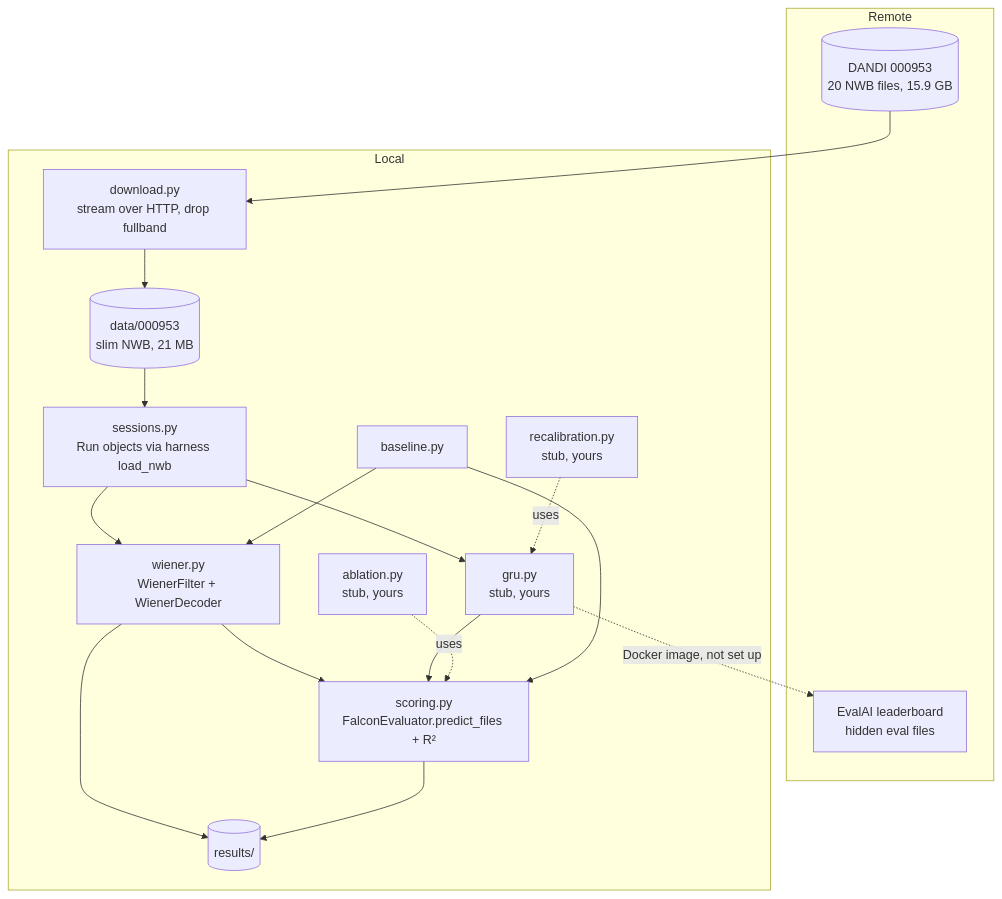
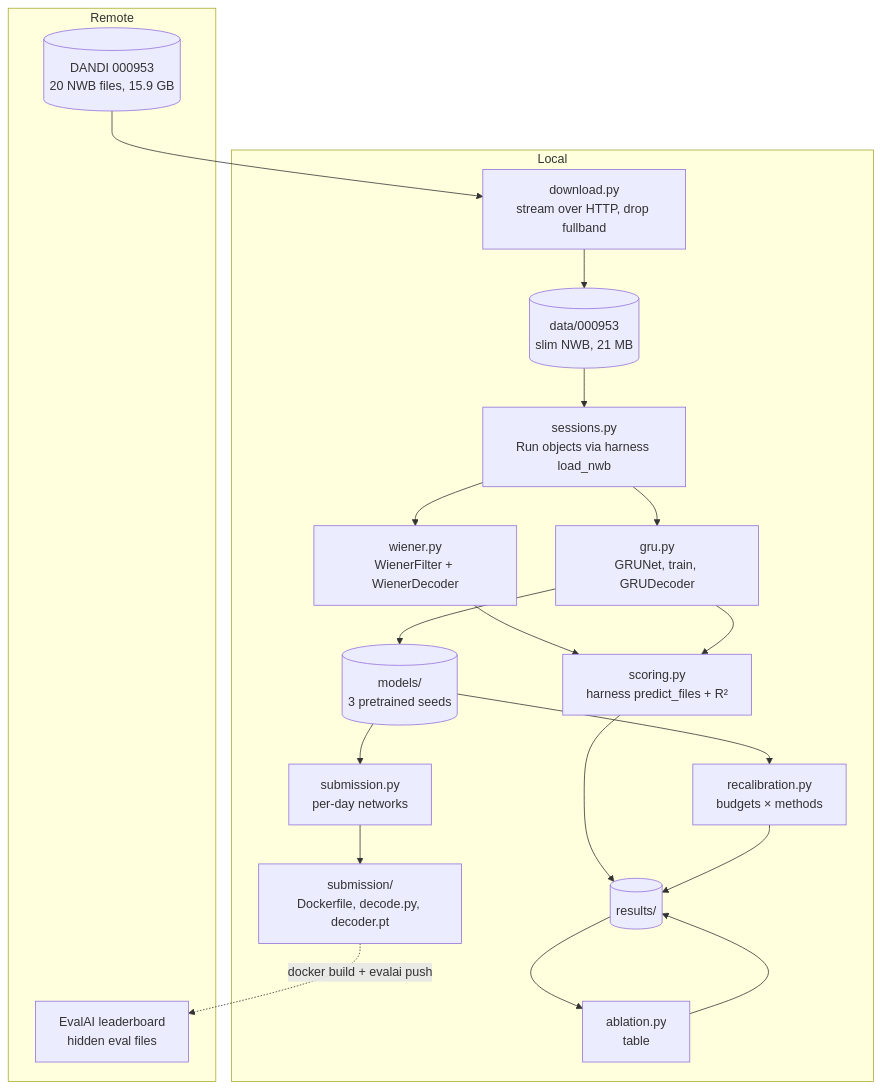
Before and after one commit to amalmehta/NeuroFalcon: the diagram in docs/SYSTEM-DESIGN.md, drawn with Mermaid. The commit also changed other lines of this file and 27 other files, not shown here.

First line of the commit message:
GRU decoder, recalibration curve, ablation and EvalAI packaging

````diff
--- a/docs/SYSTEM-DESIGN.md
+++ b/docs/SYSTEM-DESIGN.md
@@ -5,27 +5,28 @@
 ```mermaid
 flowchart TD
     subgraph Remote
         DANDI[(DANDI 000953<br/>20 NWB files, 15.9 GB)]
         EvalAI[EvalAI leaderboard<br/>hidden eval files]
     end
     subgraph Local
         DL[download.py<br/>stream over HTTP, drop fullband]
         DATA[(data/000953<br/>slim NWB, 21 MB)]
         SES[sessions.py<br/>Run objects via harness load_nwb]
         WF[wiener.py<br/>WienerFilter + WienerDecoder]
-        GRU[gru.py<br/>stub, yours]
-        REC[recalibration.py<br/>stub, yours]
-        ABL[ablation.py<br/>stub, yours]
-        SC[scoring.py<br/>FalconEvaluator.predict_files + R²]
-        BL[baseline.py]
+        GRU[gru.py<br/>GRUNet, train, GRUDecoder]
+        MOD[(models/<br/>3 pretrained seeds)]
+        REC[recalibration.py<br/>budgets × methods]
+        ABL[ablation.py<br/>table]
+        SC[scoring.py<br/>harness predict_files + R²]
+        SUB[submission.py<br/>per-day networks]
         RES[(results/)]
+        IMG[submission/<br/>Dockerfile, decode.py, decoder.pt]
     end
     DANDI --> DL --> DATA --> SES
     SES --> WF & GRU
-    WF --> SC
-    GRU --> SC
-    REC -.uses.-> GRU
-    ABL -.uses.-> SC
-    BL --> WF & SC --> RES
-    GRU -.Docker image, not set up.-> EvalAI
+    GRU --> MOD
+    WF & GRU --> SC --> RES
+    MOD --> REC --> RES
+    RES --> ABL --> RES
+    MOD --> SUB --> IMG -.docker build + evalai push.-> EvalAI
 ```
````
